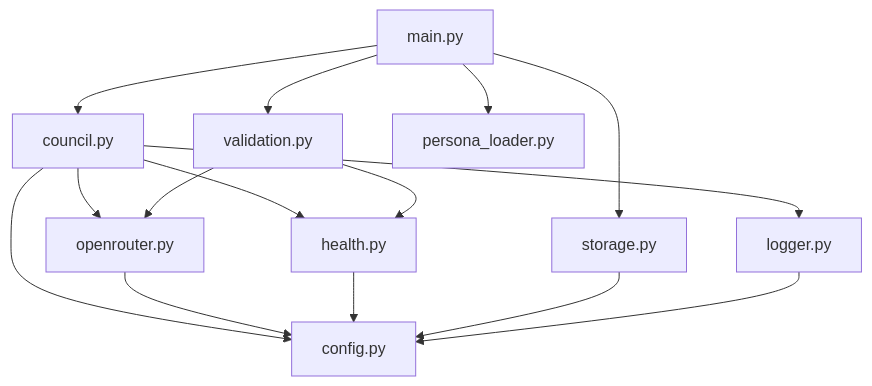
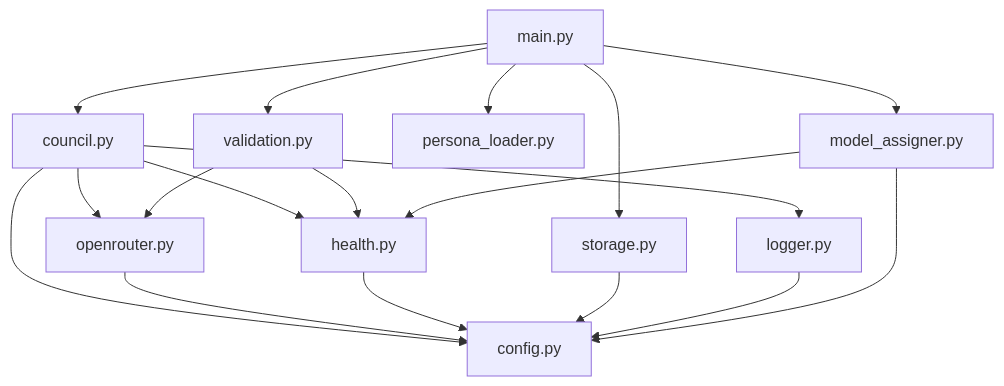
One commit to JGPliskin/llm_council_sentinel changed the second of 4 diagrams in docs/Architecture.md. Above: the diagram before and after it, drawn with Mermaid. The commit also changed other lines of this file and 32 other files, not shown here.

````diff
--- a/docs/Architecture.md
+++ b/docs/Architecture.md
@@ -119,17 +120,20 @@
 ```mermaid
 graph TD
     main.py --> council.py
     main.py --> storage.py
     main.py --> validation.py
     main.py --> persona_loader.py
+    main.py --> model_assigner.py
     council.py --> openrouter.py
     council.py --> health.py
     council.py --> config.py
     validation.py --> health.py
     validation.py --> openrouter.py
     openrouter.py --> config.py
     health.py --> config.py
     storage.py --> config.py
     council.py --> logger.py
     logger.py --> config.py
+    model_assigner.py --> health.py
+    model_assigner.py --> config.py
 ```
````
